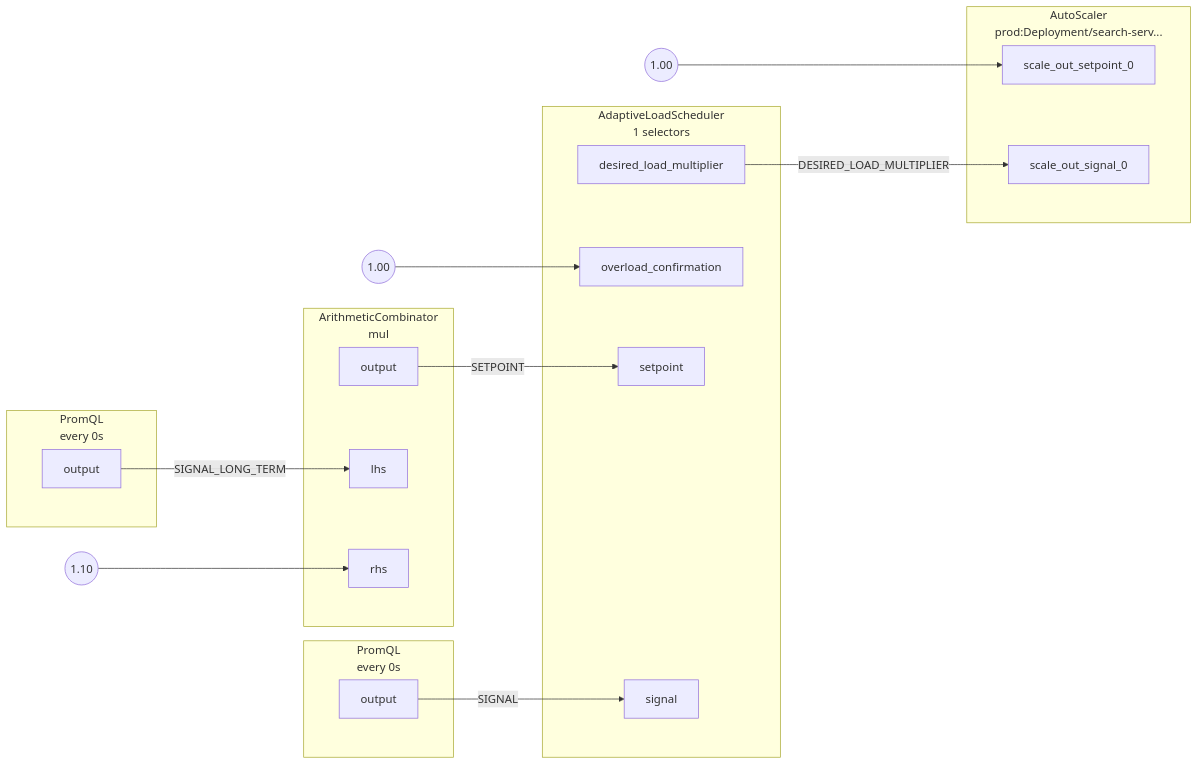
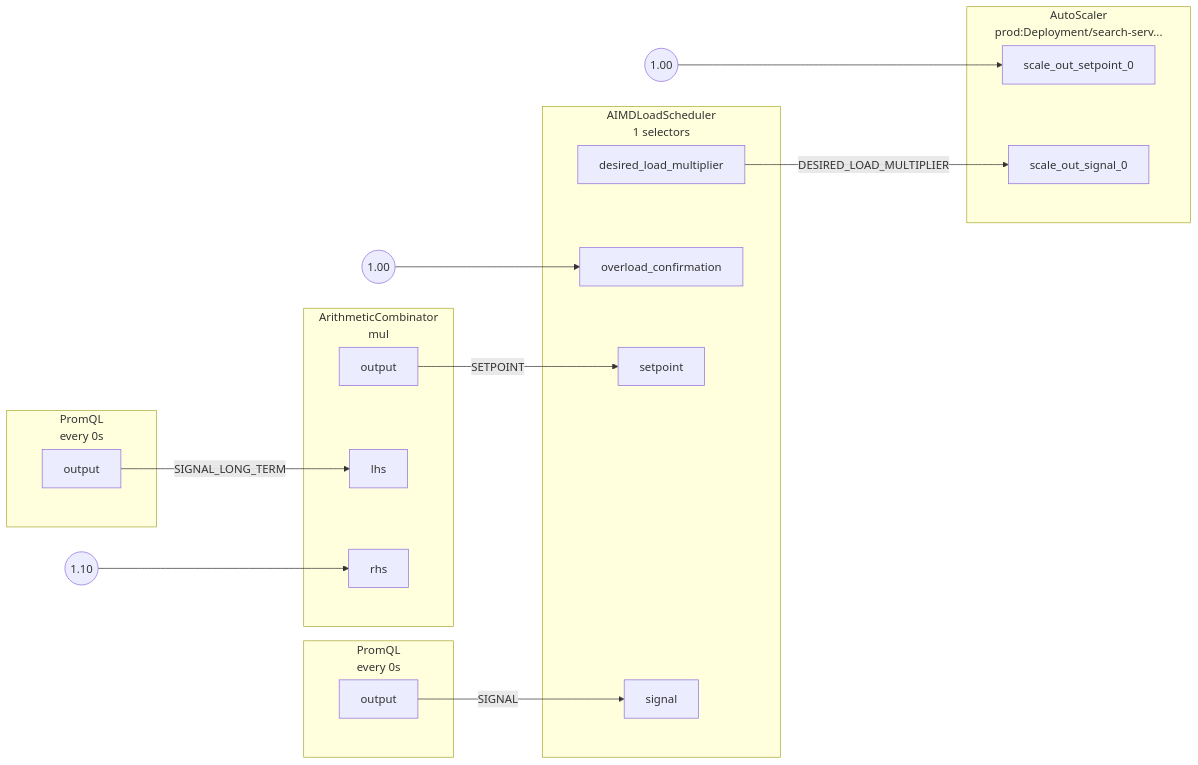
One commit to dataongunlaws/aperture changed the diagram in docs/content/use-cases/auto-scaling/assets/load-based-auto-scaling/graph.mmd. Above: the diagram before and after it, drawn with Mermaid. The commit also changed 143 other files, not shown here.

First line of the commit message:
Range throttling strategy for Adaptive Load Scheduler (#2603)

```diff
--- a/docs/content/use-cases/auto-scaling/assets/load-based-auto-scaling/graph.mmd
+++ b/docs/content/use-cases/auto-scaling/assets/load-based-auto-scaling/graph.mmd
@@ -1,53 +1,53 @@
 flowchart LR
-subgraph root.0[<center>AdaptiveLoadScheduler<br/>1 selectors</center>]
+subgraph root.0[<center>AutoScaler<br/>prod:Deployment/search-serv...</center>]
 subgraph root.0_inports[ ]
 style root.0_inports fill:none,stroke:none
-root.0overload_confirmation[overload_confirmation]
-root.0setpoint[setpoint]
-root.0signal[signal]
-end
-subgraph root.0_outports[ ]
-style root.0_outports fill:none,stroke:none
-root.0desired_load_multiplier[desired_load_multiplier]
+root.0scale_out_setpoint_0[scale_out_setpoint_0]
+root.0scale_out_signal_0[scale_out_signal_0]
 end
 end
-root.0_overload_confirmation_FakeConstantout((1.00))
-subgraph root.1[<center>AutoScaler<br/>prod:Deployment/search-serv...</center>]
+root.0_scale_out_setpoint_0_FakeConstantout((1.00))
+subgraph root.1[<center>AIMDLoadScheduler<br/>1 selectors</center>]
 subgraph root.1_inports[ ]
 style root.1_inports fill:none,stroke:none
-root.1scale_out_setpoint_0[scale_out_setpoint_0]
-root.1scale_out_signal_0[scale_out_signal_0]
+root.1overload_confirmation[overload_confirmation]
+root.1setpoint[setpoint]
+root.1signal[signal]
+end
+subgraph root.1_outports[ ]
+style root.1_outports fill:none,stroke:none
+root.1desired_load_multiplier[desired_load_multiplier]
 end
 end
-root.1_scale_out_setpoint_0_FakeConstantout((1.00))
+root.1_overload_confirmation_FakeConstantout((1.00))
 subgraph root.2[<center>PromQL<br/>every 0s</center>]
 subgraph root.2_outports[ ]
 style root.2_outports fill:none,stroke:none
 root.2output[output]
 end
 end
 subgraph root.3[<center>PromQL<br/>every 0s</center>]
 subgraph root.3_outports[ ]
 style root.3_outports fill:none,stroke:none
 root.3output[output]
 end
 end
 subgraph root.4[<center>ArithmeticCombinator<br/>mul</center>]
 subgraph root.4_inports[ ]
 style root.4_inports fill:none,stroke:none
 root.4lhs[lhs]
 root.4rhs[rhs]
 end
 subgraph root.4_outports[ ]
 style root.4_outports fill:none,stroke:none
 root.4output[output]
 end
 end
 root.4_rhs_FakeConstantout((1.10))
-root.0desired_load_multiplier --> |DESIRED_LOAD_MULTIPLIER| root.1scale_out_signal_0
-root.0_overload_confirmation_FakeConstantout --> root.0overload_confirmation
-root.1_scale_out_setpoint_0_FakeConstantout --> root.1scale_out_setpoint_0
-root.2output --> |SIGNAL| root.0signal
+root.0_scale_out_setpoint_0_FakeConstantout --> root.0scale_out_setpoint_0
+root.1desired_load_multiplier --> |DESIRED_LOAD_MULTIPLIER| root.0scale_out_signal_0
+root.1_overload_confirmation_FakeConstantout --> root.1overload_confirmation
+root.2output --> |SIGNAL| root.1signal
 root.3output --> |SIGNAL_LONG_TERM| root.4lhs
-root.4output --> |SETPOINT| root.0setpoint
+root.4output --> |SETPOINT| root.1setpoint
 root.4_rhs_FakeConstantout --> root.4rhs
```
